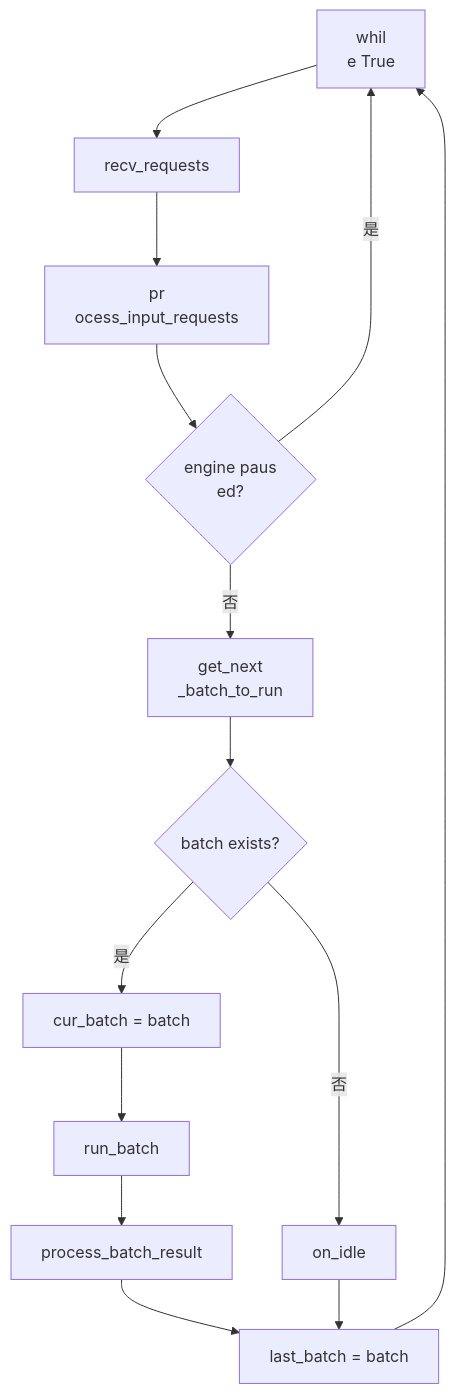
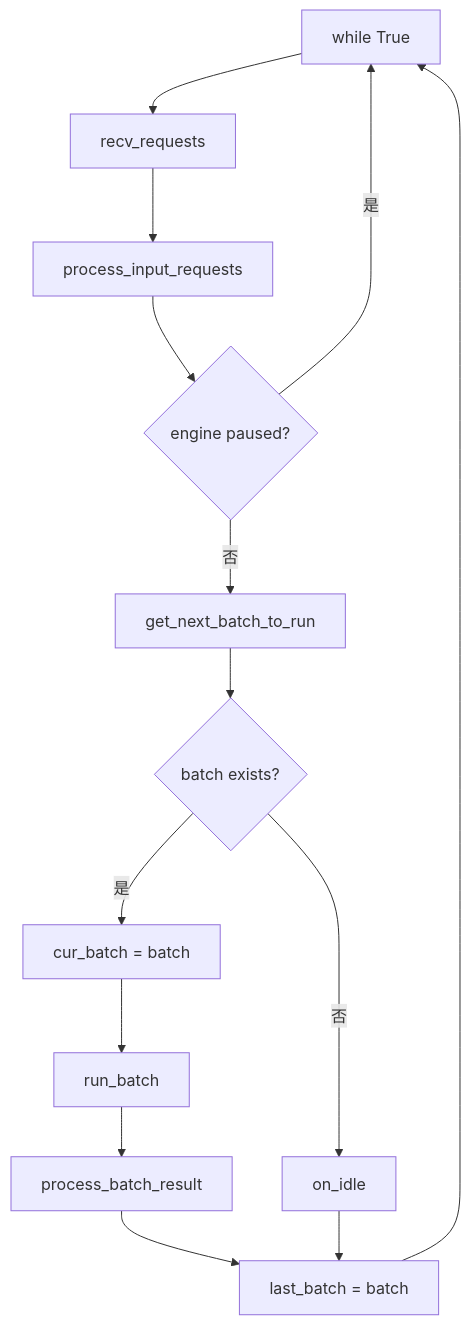
One commit to cl-vv-h/AI_Infra_Tutor_Page changed the third of 8 diagrams in src/data/sglang-content/scheduler-architecture/02-flowcharts.md. Above: the diagram before and after it, drawn with Mermaid. The commit also changed other lines of this file and 25 other files, not shown here.

Commit message:
Fix markdown rendering with react-markdown, add SGLang knowledge graph

````diff
--- a/src/data/sglang-content/scheduler-architecture/02-flowcharts.md
+++ b/src/data/sglang-content/scheduler-architecture/02-flowcharts.md
@@ -84,24 +50,16 @@
 ```mermaid
 flowchart TD
-  A["whil
-e True"] --> B["recv_requests"]
-  B --> C["pr
-ocess_input_requests"]
-  C --> D{"engine paus
-ed?"}
+  A["while True"] --> B["recv_requests"]
+  B --> C["process_input_requests"]
+  C --> D{"engine paused?"}
   D -->|是| A
-  D -->|否| E["get_next
-_batch_to_run"]
+  D -->|否| E["get_next_batch_to_run"]
   E --> F{"batch exists?"}
-  
-F -->|是| G["cur_batch = batch"]
-  G --> H["
-run_batch"]
+  F -->|是| G["cur_batch = batch"]
+  G --> H["run_batch"]
   H --> I["process_batch_result"]
-
   I --> J["last_batch = batch"]
   J --> A
-  
-F -->|否| K["on_idle"]
+  F -->|否| K["on_idle"]
   K --> J
 ```
````
